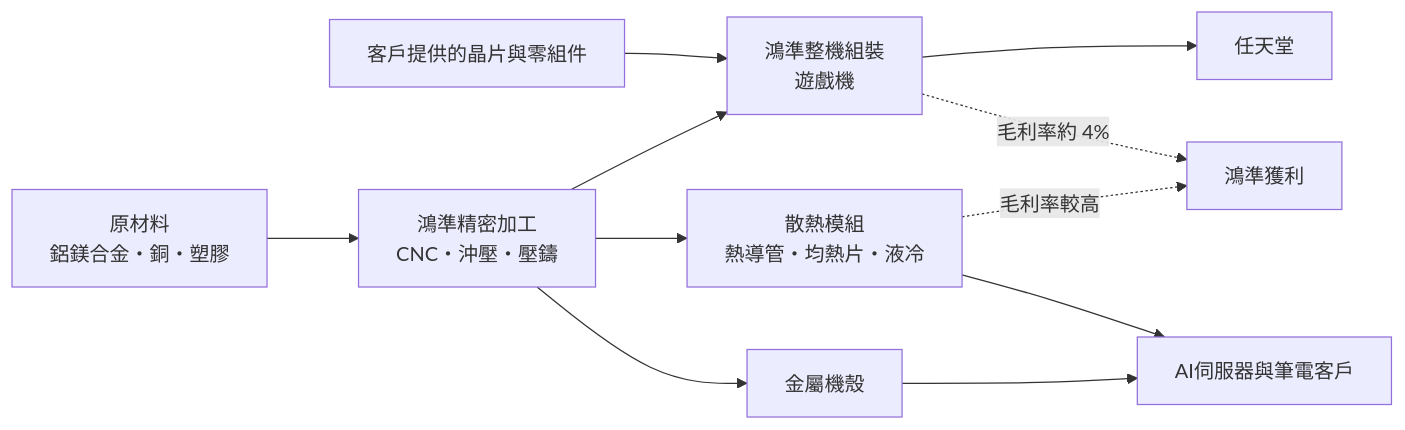
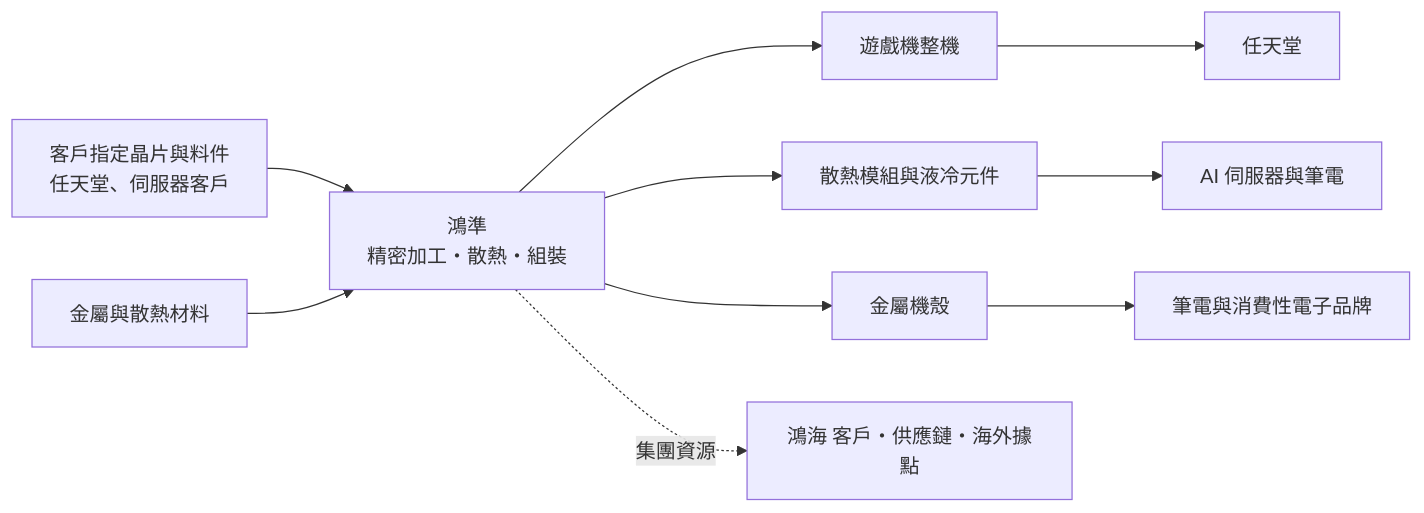
Before and after one commit to wangnick1004/taiwan-stock-vault: the second of 4 diagrams in 個股/台股/2354鴻準.md, drawn with Mermaid. The commit also changed other lines of this file and 19 other files, not shown here.

````diff
--- a/個股/台股/2354鴻準.md
+++ b/個股/台股/2354鴻準.md
@@ -70,13 +71,12 @@
 ```mermaid
 flowchart LR
-    A["原材料<br/>鋁鎂合金・銅・塑膠"] --> B["鴻準精密加工<br/>CNC・沖壓・壓鑄"]
-    C["客戶提供的晶片與零組件"] --> D["鴻準整機組裝<br/>遊戲機"]
-    B --> D
-    B --> E["散熱模組<br/>熱導管・均熱片・液冷"]
+    A["客戶指定晶片與料件<br/>任天堂、伺服器客戶"] --> B["鴻準<br/>精密加工・散熱・組裝"]
+    C["金屬與散熱材料"] --> B
+    B --> D["遊戲機整機"]
+    B --> E["散熱模組與液冷元件"]
     B --> F["金屬機殼"]
     D --> G["任天堂"]
-    E --> H["AI伺服器與筆電客戶"]
-    F --> H
-    D -. 毛利率約 4% .-> I["鴻準獲利"]
-    E -. 毛利率較高 .-> I
+    E --> H["AI 伺服器與筆電"]
+    F --> I["筆電與消費性電子品牌"]
+    B -. 集團資源 .-> J["鴻海 客戶・供應鏈・海外據點"]
 ```
````
